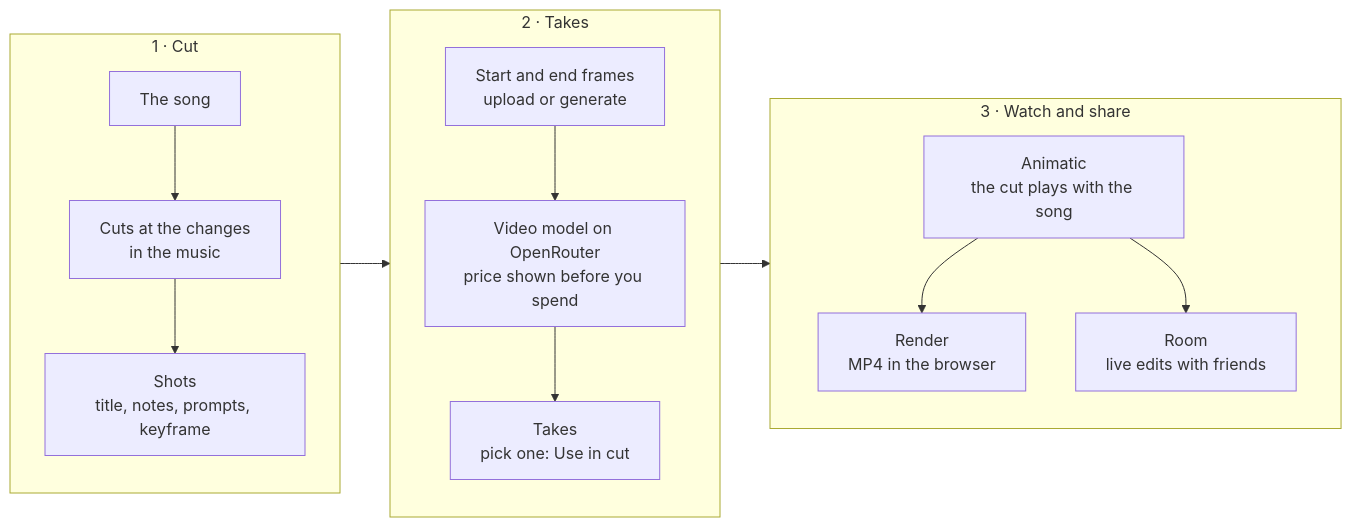
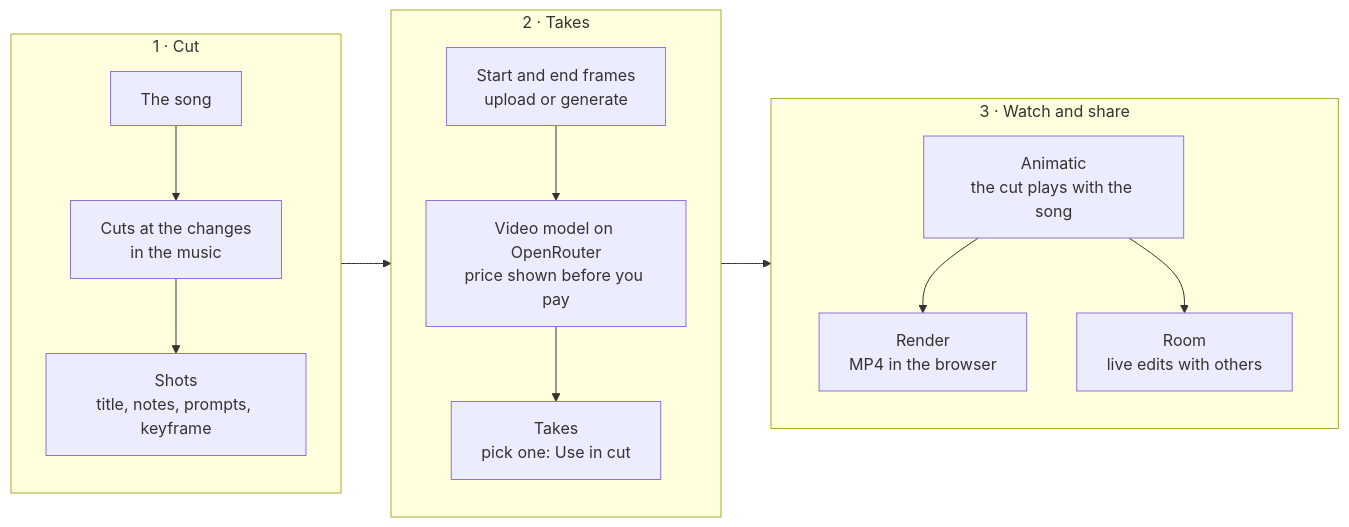
Before and after one commit to rsuriano/cue-board: the diagram in README.md, drawn with Mermaid. The commit also changed other lines of this file, not shown here.

````diff
--- a/README.md
+++ b/README.md
@@ -63,19 +66,19 @@
 ```mermaid
 flowchart LR
     subgraph cut["1 · Cut"]
         direction TB
         A["The song"] --> B["Cuts at the changes<br/>in the music"]
         B --> C["Shots<br/>title, notes, prompts, keyframe"]
     end
     subgraph takes["2 · Takes"]
         direction TB
-        D["Start and end frames<br/>upload or generate"] --> E["Video model on OpenRouter<br/>price shown before you spend"]
+        D["Start and end frames<br/>upload or generate"] --> E["Video model on OpenRouter<br/>price shown before you pay"]
         E --> F["Takes<br/>pick one: Use in cut"]
     end
     subgraph out["3 · Watch and share"]
         direction TB
         G["Animatic<br/>the cut plays with the song"] --> H["Render<br/>MP4 in the browser"]
-        G --> I["Room<br/>live edits with friends"]
+        G --> I["Room<br/>live edits with others"]
     end
     cut --> takes --> out
 ```
````
